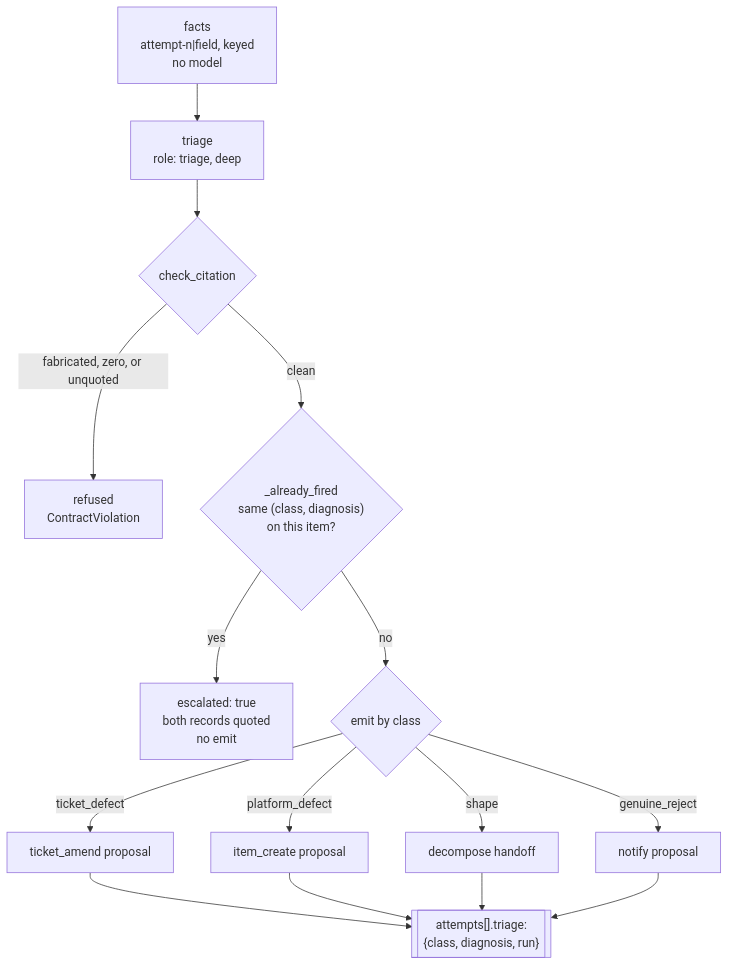
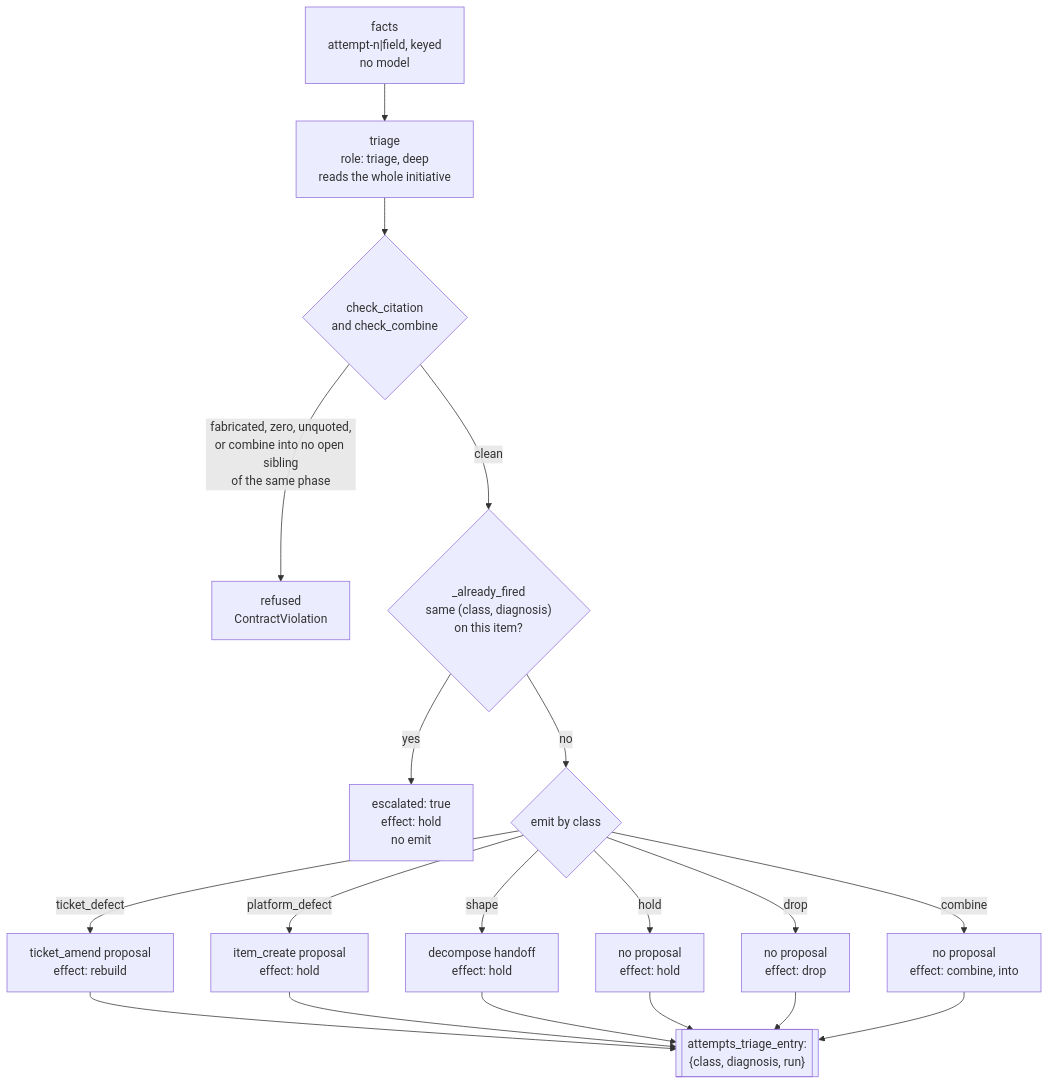
Before and after one commit to ppfenning/coxswain: the diagram in src/graphs/graphs/ops/triage-quarantine.md, drawn with Mermaid. The commit also changed other lines of this file and 33 other files, not shown here.

````diff
--- a/src/graphs/graphs/ops/triage-quarantine.md
+++ b/src/graphs/graphs/ops/triage-quarantine.md
@@ -16,25 +19,29 @@
 ```mermaid
 flowchart TB
     FACTS["facts<br/>attempt-n|field, keyed<br/>no model"]
     FACTS --> TRIAGE
 
-    TRIAGE["triage<br/>role: triage, deep"]
-    TRIAGE --> CITE{"check_citation"}
-    CITE -- "fabricated, zero, or unquoted" --> REFUSE["refused<br/>ContractViolation"]
+    TRIAGE["triage<br/>role: triage, deep<br/>reads the whole initiative"]
+    TRIAGE --> CITE{"check_citation<br/>and check_combine"}
+    CITE -- "fabricated, zero, unquoted,<br/>or combine into no open sibling<br/>of the same phase" --> REFUSE["refused<br/>ContractViolation"]
     CITE -- "clean" --> FIRED{"_already_fired<br/>same (class, diagnosis)<br/>on this item?"}
 
-    FIRED -- "yes" --> ESCALATE["escalated: true<br/>both records quoted<br/>no emit"]
+    FIRED -- "yes" --> ESCALATE["escalated: true<br/>effect: hold<br/>no emit"]
     FIRED -- "no" --> EMIT
 
     EMIT{"emit by class"}
-    EMIT -- "ticket_defect" --> TA["ticket_amend proposal"]
-    EMIT -- "platform_defect" --> IC["item_create proposal"]
-    EMIT -- "shape" --> DC["decompose handoff"]
-    EMIT -- "genuine_reject" --> NO["notify proposal"]
+    EMIT -- "ticket_defect" --> TA["ticket_amend proposal<br/>effect: rebuild"]
+    EMIT -- "platform_defect" --> IC["item_create proposal<br/>effect: hold"]
+    EMIT -- "shape" --> DC["decompose handoff<br/>effect: hold"]
+    EMIT -- "hold" --> HO["no proposal<br/>effect: hold"]
+    EMIT -- "drop" --> DR["no proposal<br/>effect: drop"]
+    EMIT -- "combine" --> CO["no proposal<br/>effect: combine, into"]
 
     TA --> RECORD
     IC --> RECORD
     DC --> RECORD
-    NO --> RECORD
-    RECORD[["attempts[].triage:<br/>{class, diagnosis, run}"]]
+    HO --> RECORD
+    DR --> RECORD
+    CO --> RECORD
+    RECORD[["attempts_triage_entry:<br/>{class, diagnosis, run}"]]
 ```
````
